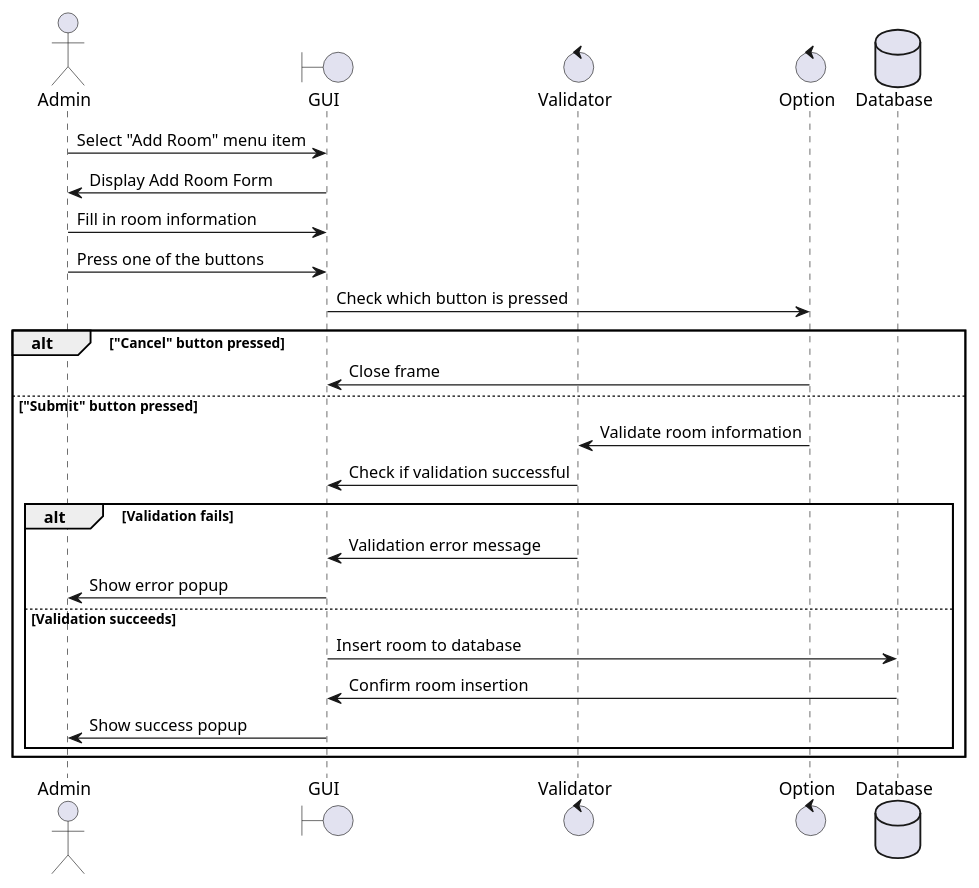
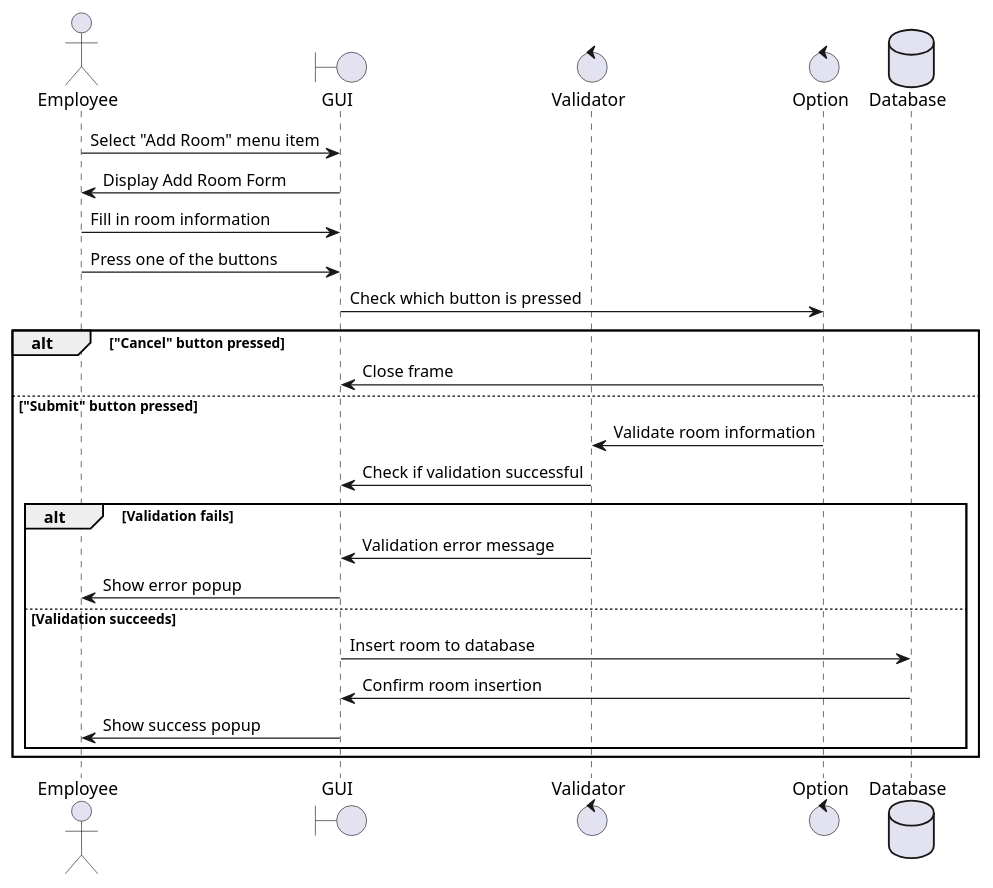
The diagram in docs/sequence-diagrams/kdesp73/room-add.plantuml (DMG-TechLabs/hotel-manager), drawn with PlantUML before and after one commit. The commit also changed 5 other files, not shown here.

```diff
--- a/docs/sequence-diagrams/kdesp73/room-add.plantuml
+++ b/docs/sequence-diagrams/kdesp73/room-add.plantuml
@@ -1,28 +1,28 @@
 @startuml room-add
 
-actor Admin as A
+actor Employee as E
 boundary GUI as G
 control Validator as V
 control Option as O
 database Database as D
 
-A -> G : Select "Add Room" menu item
-G -> A : Display Add Room Form
-A -> G : Fill in room information
-A -> G : Press one of the buttons
+E -> G : Select "Add Room" menu item
+G -> E : Display Add Room Form
+E -> G : Fill in room information
+E -> G : Press one of the buttons
 G -> O : Check which button is pressed
 alt "Cancel" button pressed
-    O -> G : Close frame
+    O-> G : Close frame
 else "Submit" button pressed
     O -> V : Validate room information
     V -> G : Check if validation successful
     alt Validation fails
         V -> G : Validation error message
-        G -> A : Show error popup
+        G -> E : Show error popup
     else Validation succeeds
         G -> D : Insert room to database
         D -> G : Confirm room insertion
-        G -> A : Show success popup
+        G -> E : Show success popup
     end
 end
 @enduml
```
